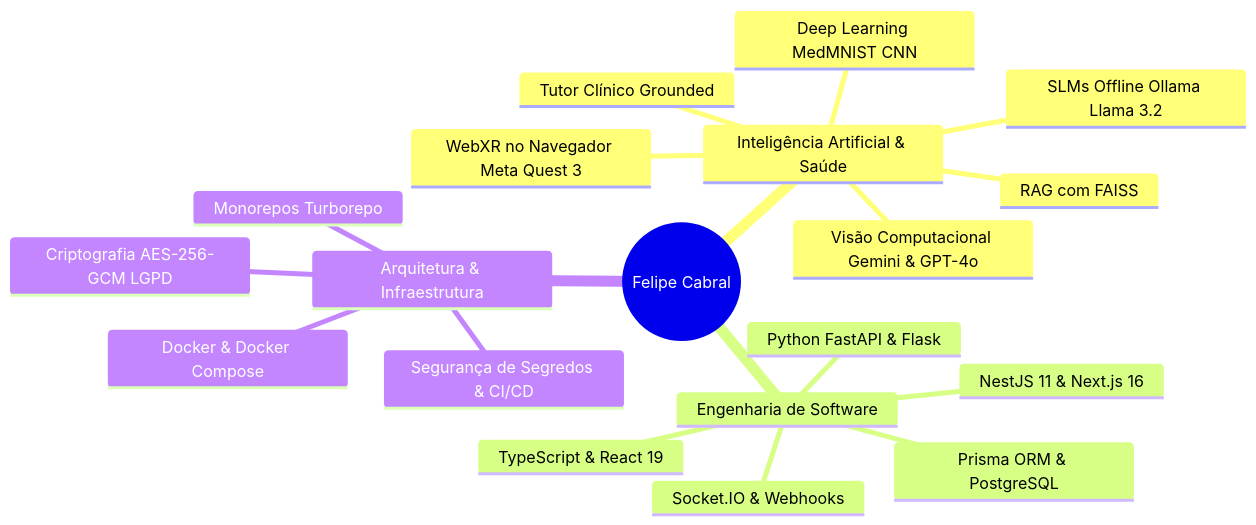
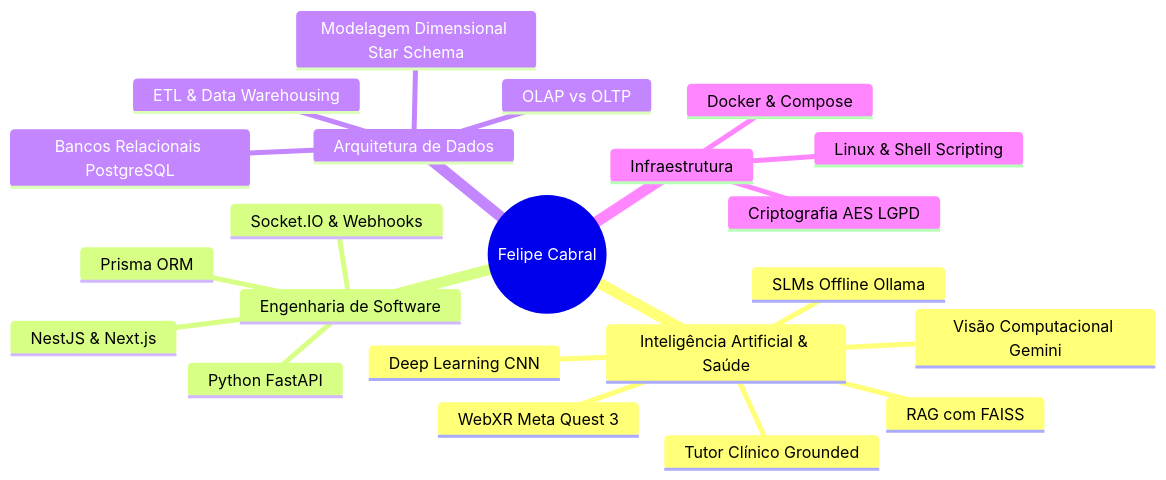
Before and after one commit to fecabrall/fecabrall: the diagram in README.md, drawn with Mermaid. The commit also changed other lines of this file, not shown here.

Commit message:
docs: refine positioning with Health AI, Software Engineering and Data Engineering

````diff
--- a/README.md
+++ b/README.md
@@ -63,22 +62,25 @@
 ```mermaid
 mindmap
   root((Felipe Cabral))
     Inteligência Artificial & Saúde
       Tutor Clínico Grounded
-      WebXR no Navegador Meta Quest 3
-      Visão Computacional Gemini & GPT-4o
+      WebXR Meta Quest 3
+      Visão Computacional Gemini
       RAG com FAISS
-      SLMs Offline Ollama Llama 3.2
-      Deep Learning MedMNIST CNN
+      SLMs Offline Ollama
+      Deep Learning CNN
     Engenharia de Software
-      NestJS 11 & Next.js 16
-      TypeScript & React 19
-      Python FastAPI & Flask
+      Python FastAPI
+      NestJS & Next.js
       Socket.IO & Webhooks
-      Prisma ORM & PostgreSQL
-    Arquitetura & Infraestrutura
-      Monorepos Turborepo
-      Docker & Docker Compose
-      Criptografia AES-256-GCM LGPD
-      Segurança de Segredos & CI/CD
+      Prisma ORM
+    Arquitetura de Dados
+      ETL & Data Warehousing
+      Modelagem Dimensional Star Schema
+      Bancos Relacionais PostgreSQL
+      OLAP vs OLTP
+    Infraestrutura
+      Docker & Compose
+      Linux & Shell Scripting
+      Criptografia AES LGPD
 ```
````
